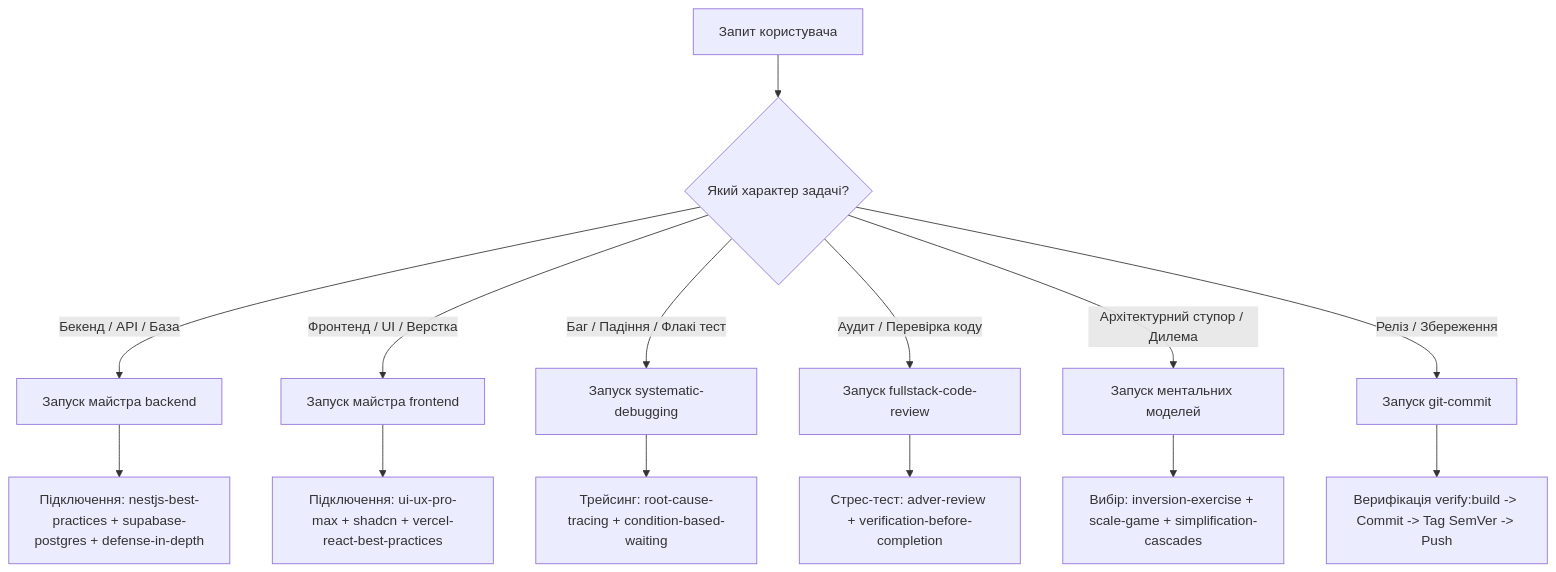
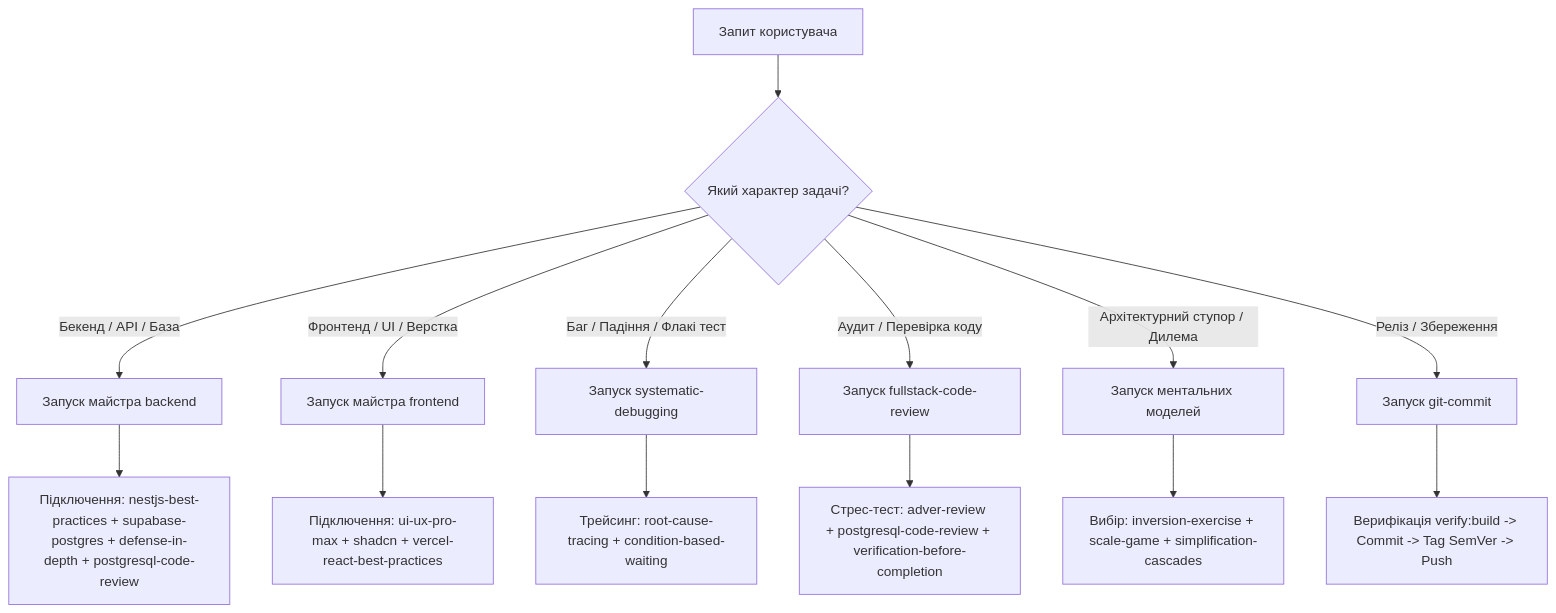
The diagram in .agents/AGENTS.md (OlegFutornoi/SmartFeedStudio), drawn with Mermaid before and after one commit. The commit also changed other lines of this file and 71 other files, not shown here.

````diff
--- a/.agents/AGENTS.md
+++ b/.agents/AGENTS.md
@@ -316,22 +366,22 @@
 ```mermaid
 graph TD
     Start["Запит користувача"] --> TypeCheck{"Який характер задачі?"}
 
     TypeCheck -->|"Бекенд / API / База"| B["Запуск майстра backend"]
-    B --> B_Sub["Підключення: nestjs-best-practices + supabase-postgres + defense-in-depth"]
+    B --> B_Sub["Підключення: nestjs-best-practices + supabase-postgres + defense-in-depth + postgresql-code-review"]
 
     TypeCheck -->|"Фронтенд / UI / Верстка"| F["Запуск майстра frontend"]
     F --> F_Sub["Підключення: ui-ux-pro-max + shadcn + vercel-react-best-practices"]
 
     TypeCheck -->|"Баг / Падіння / Флакі тест"| D["Запуск systematic-debugging"]
     D --> D_Sub["Трейсинг: root-cause-tracing + condition-based-waiting"]
 
     TypeCheck -->|"Аудит / Перевірка коду"| R["Запуск fullstack-code-review"]
-    R --> R_Sub["Стрес-тест: adver-review + verification-before-completion"]
+    R --> R_Sub["Стрес-тест: adver-review + postgresql-code-review + verification-before-completion"]
 
     TypeCheck -->|"Архітектурний ступор / Дилема"| A["Запуск ментальних моделей"]
     A --> A_Sub["Вибір: inversion-exercise + scale-game + simplification-cascades"]
 
     TypeCheck -->|"Реліз / Збереження"| G["Запуск git-commit"]
     G --> G_Sub["Верифікація verify:build -> Commit -> Tag SemVer -> Push"]
 ```
````
